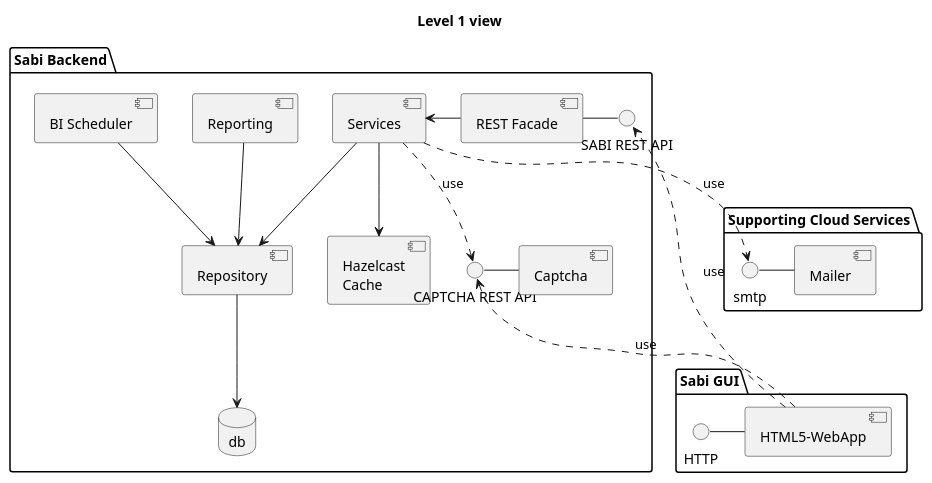
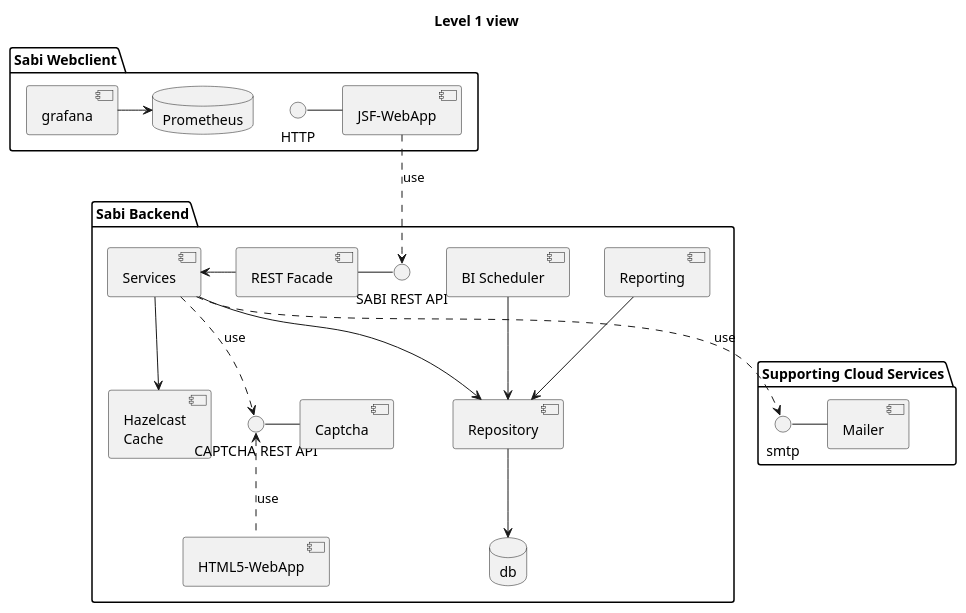
One commit to StefanSchubert/sabi changed the diagram in sabi-server/UML/5.1_BuildingBlockView/Comp_Level1_Sabi.puml. Above: the diagram before and after it, drawn with PlantUML. The commit also changed 71 other files, not shown here.

```diff
--- a/sabi-server/UML/5.1_BuildingBlockView/Comp_Level1_Sabi.puml
+++ b/sabi-server/UML/5.1_BuildingBlockView/Comp_Level1_Sabi.puml
@@ -1,44 +1,46 @@
 @startuml
 
 skinparam monochrome true
 skinparam componentStyle uml2
 
-package "Sabi GUI" {
-HTTP - [HTML5-WebApp]
+package "Sabi Webclient" {
+HTTP - [JSF-WebApp]
+database Prometheus
+[grafana] -> Prometheus
 }
 
 package "Sabi Backend" {
 title Level 1 view
 interface "SABI REST API" as rest
 database db
-[HTML5-WebApp] ..> rest : use
+[JSF-WebApp] ..> rest : use
 [REST Facade] - rest
 [Services] <- [REST Facade]
 [Repository] --> db
 
 together {
 [Services] --> [Repository]
 [Reporting] --> [Repository]
 [BI Scheduler] --> [Repository]
 }
 
 [Services] --> [Hazelcast\nCache]
 
 interface "CAPTCHA REST API" as rest2
 rest2 - [Captcha]
 
 
 [Services] ..> rest2 : use
 rest2 <.. [HTML5-WebApp] : use
 
 }
 
 package "Supporting Cloud Services" {
 
 interface smtp
 smtp - [Mailer]
 [Services] ..> smtp : use
 
 }
 
 @enduml
```
